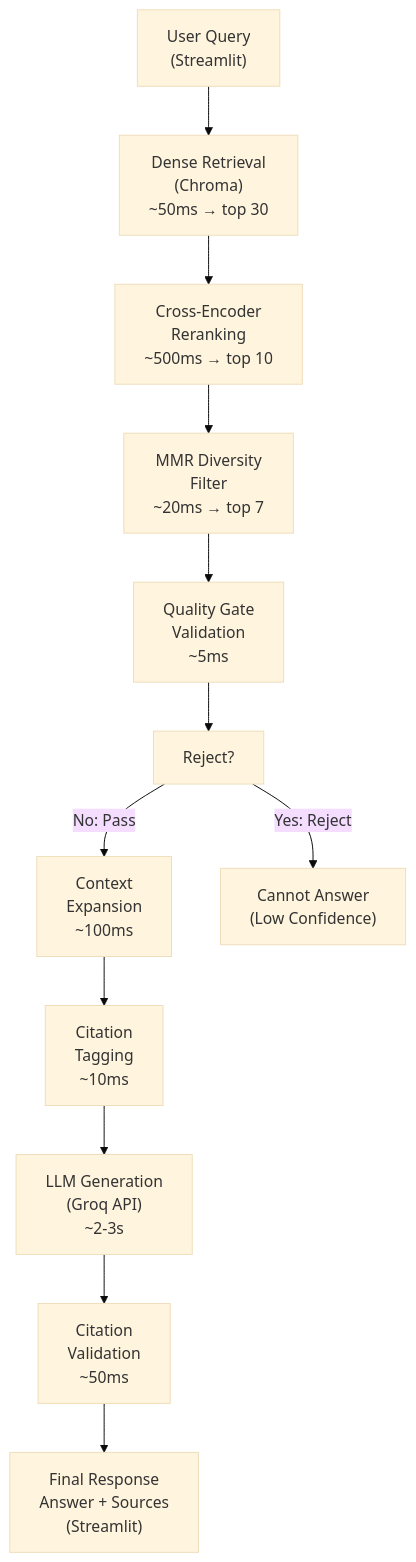
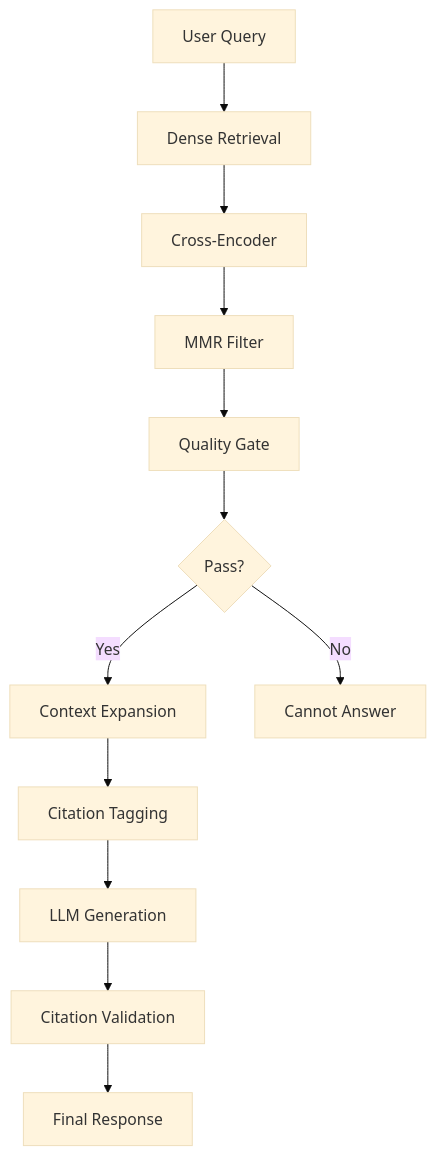
The diagram in README.md (P-Saroha/mavenir-3GPP-RAG), drawn with Mermaid (base theme) before and after one commit. The commit also changed other lines of this file, not shown here.

````diff
--- a/README.md
+++ b/README.md
@@ -85,27 +85,27 @@
 ```mermaid
 graph TD
-    A["User Query<br/>(Streamlit)"]
-    B["Dense Retrieval<br/>(Chroma)<br/>~50ms → top 30"]
-    C["Cross-Encoder<br/>Reranking<br/>~500ms → top 10"]
-    D["MMR Diversity<br/>Filter<br/>~20ms → top 7"]
-    E["Quality Gate<br/>Validation<br/>~5ms"]
-    F["Reject?"]
-    G["Context<br/>Expansion<br/>~100ms"]
-    H["Citation<br/>Tagging<br/>~10ms"]
-    I["LLM Generation<br/>(Groq API)<br/>~2-3s"]
-    J["Citation<br/>Validation<br/>~50ms"]
-    K["Final Response<br/>Answer + Sources<br/>(Streamlit)"]
-    Z["Cannot Answer<br/>(Low Confidence)"]
+    A["User Query"]
+    B["Dense Retrieval"]
+    C["Cross-Encoder"]
+    D["MMR Filter"]
+    E["Quality Gate"]
+    F{Pass?}
+    G["Context Expansion"]
+    H["Citation Tagging"]
+    I["LLM Generation"]
+    J["Citation Validation"]
+    K["Final Response"]
+    Z["Cannot Answer"]
     
     A --> B
     B --> C
     C --> D
     D --> E
     E --> F
-    F -->|No: Pass| G
-    F -->|Yes: Reject| Z
+    F -->|Yes| G
+    F -->|No| Z
     G --> H
     H --> I
     I --> J
     J --> K
 ```
````
